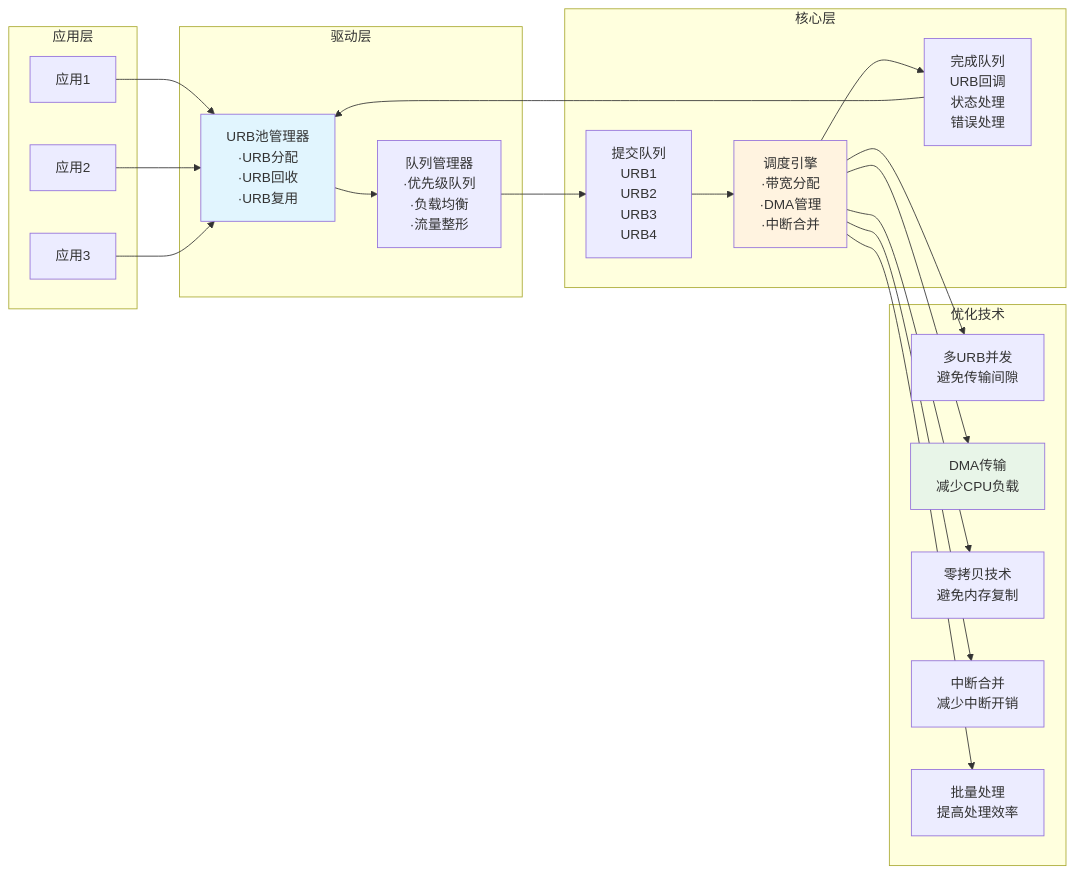
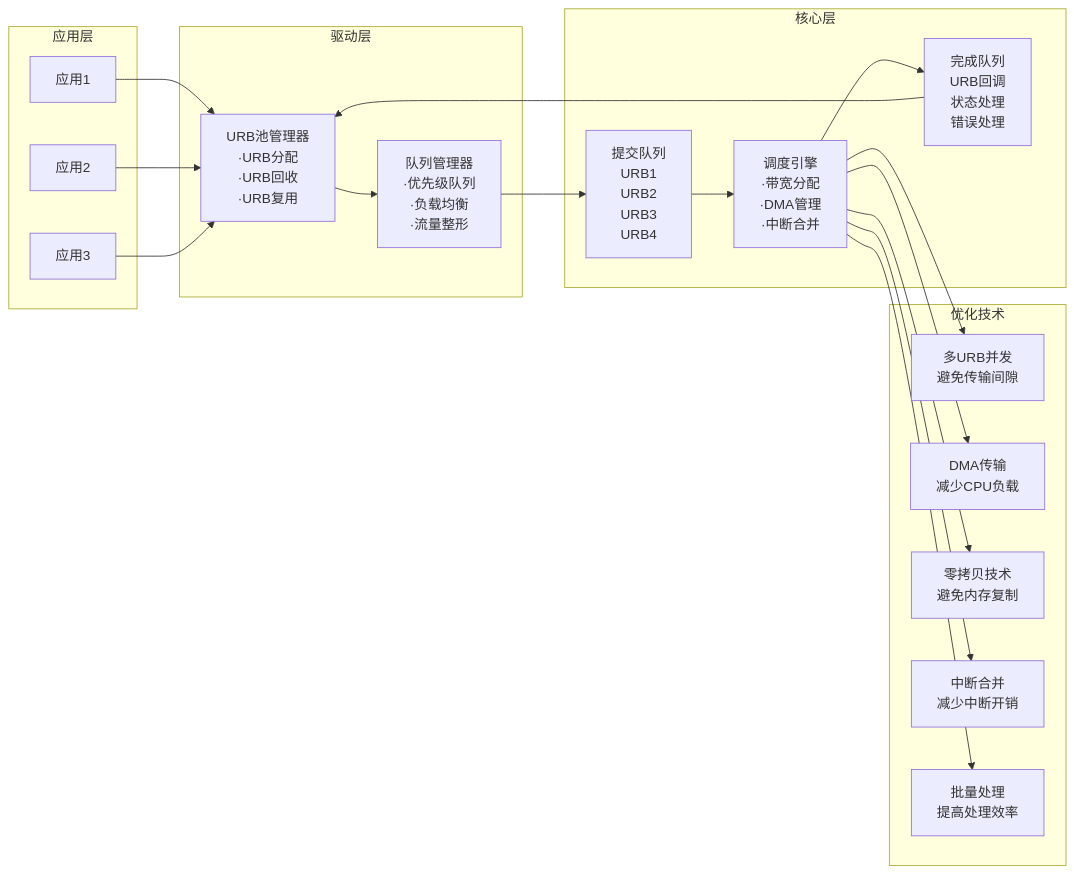
One commit to TbusOS/usb-learn changed diagram 18 of 21 in 08-USB架构图和流程图-可视化版.md. Above: the diagram before and after it, drawn with Mermaid. The commit also changed other lines of this file and 1 other file, not shown here.

````diff
--- a/08-USB架构图和流程图-可视化版.md
+++ b/08-USB架构图和流程图-可视化版.md
@@ -740,50 +719,48 @@
 ```mermaid
 graph LR
     subgraph "应用层"
         A1[应用1]
         A2[应用2] 
         A3[应用3]
     end
     
     subgraph "驱动层"
         D1[URB池管理器<br/>·URB分配<br/>·URB回收<br/>·URB复用]
         
         D2[队列管理器<br/>·优先级队列<br/>·负载均衡<br/>·流量整形]
     end
     
     subgraph "核心层"
         C1[提交队列<br/>URB1<br/>URB2<br/>URB3<br/>URB4]
         
         C2[调度引擎<br/>·带宽分配<br/>·DMA管理<br/>·中断合并]
         
         C3[完成队列<br/>URB回调<br/>状态处理<br/>错误处理]
     end
     
     A1 --> D1
     A2 --> D1
     A3 --> D1
     
     D1 --> D2
     D2 --> C1
     C1 --> C2
     C2 --> C3
     C3 --> D1
     
     subgraph "优化技术"
         OPT1[多URB并发<br/>避免传输间隙]
         OPT2[DMA传输<br/>减少CPU负载]
         OPT3[零拷贝技术<br/>避免内存复制] 
         OPT4[中断合并<br/>减少中断开销]
         OPT5[批量处理<br/>提高处理效率]
     end
     
     C2 --> OPT1
     C2 --> OPT2
     C2 --> OPT3
     C2 --> OPT4
     C2 --> OPT5
     
-    style D1 fill:#e1f5fe
-    style C2 fill:#fff3e0
-    style OPT2 fill:#e8f5e8
+
 ```
````
